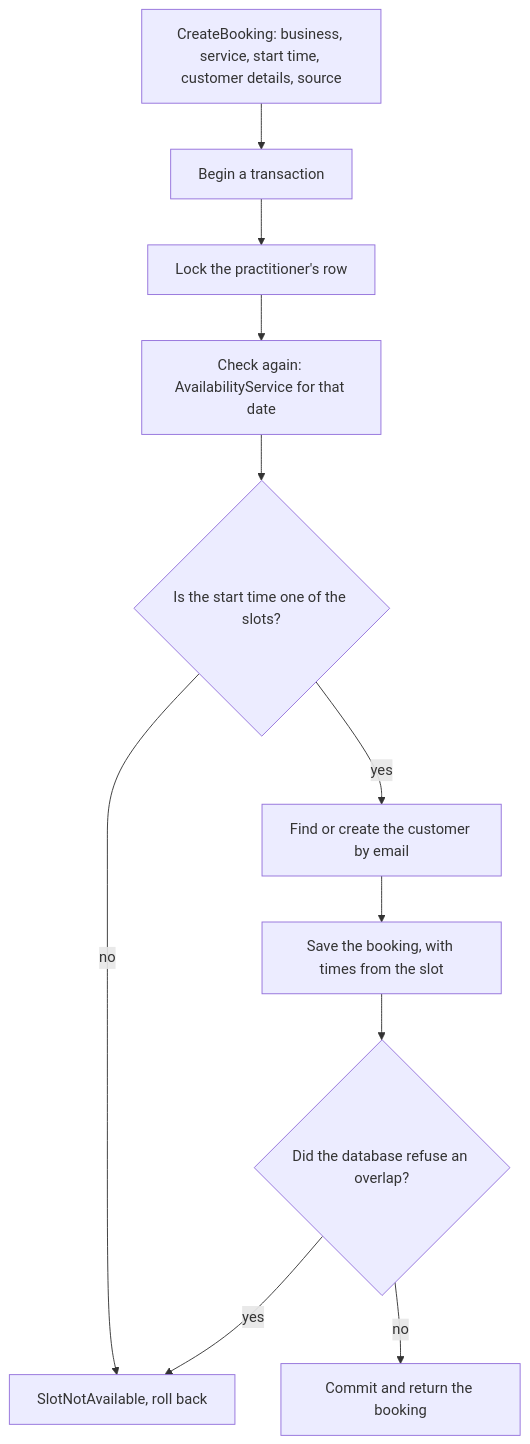
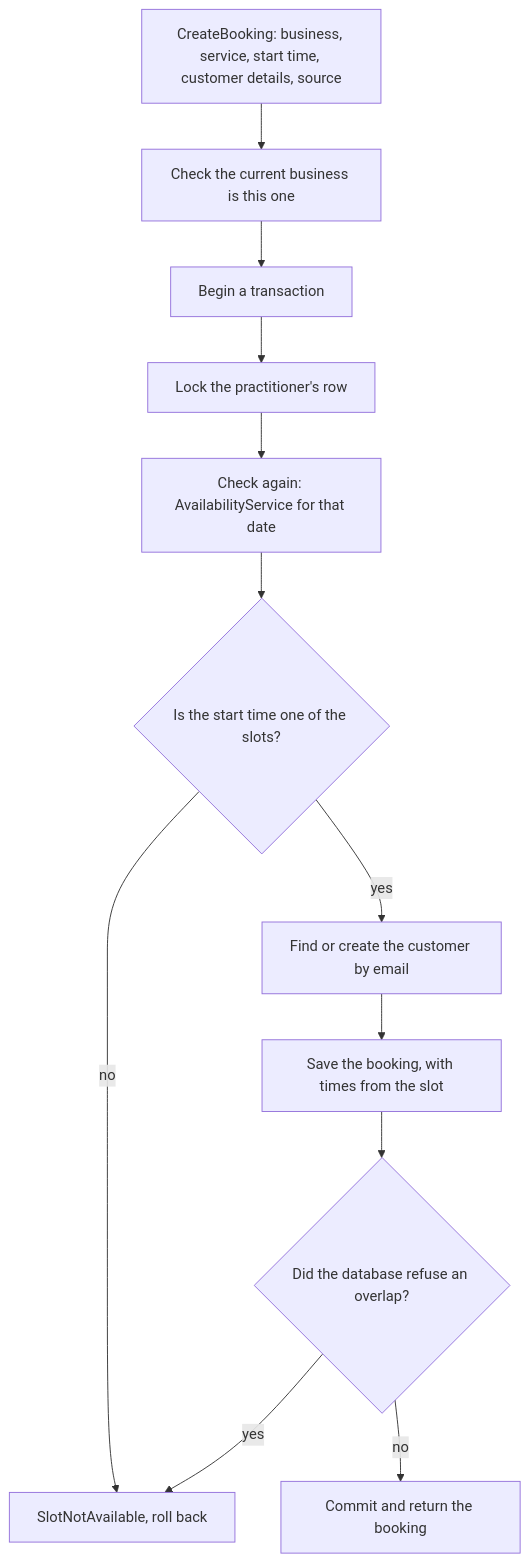
Before and after one commit to richardbarter/booking-app: the first of 2 diagrams in docs/planning/sub-plans/05-making-bookings.md, drawn with Mermaid. The commit also changed other lines of this file and 2 other files, not shown here.

First line of the commit message:
Start building sub-plan 05, with the changes from checking it against 04

````diff
--- a/docs/planning/sub-plans/05-making-bookings.md
+++ b/docs/planning/sub-plans/05-making-bookings.md
@@ -76,13 +84,14 @@
 ```mermaid
 flowchart TD
-    A[CreateBooking: business, service, start time, customer details, source] --> B[Begin a transaction]
+    A[CreateBooking: business, service, start time, customer details, source] --> A2[Check the current business is this one]
+    A2 --> B[Begin a transaction]
     B --> C[Lock the practitioner's row]
     C --> D[Check again: AvailabilityService for that date]
     D --> E{Is the start time one of the slots?}
     E -- no --> F[SlotNotAvailable, roll back]
     E -- yes --> G[Find or create the customer by email]
     G --> H[Save the booking, with times from the slot]
     H --> I{Did the database refuse an overlap?}
     I -- yes --> F
     I -- no --> J[Commit and return the booking]
 ```
````
